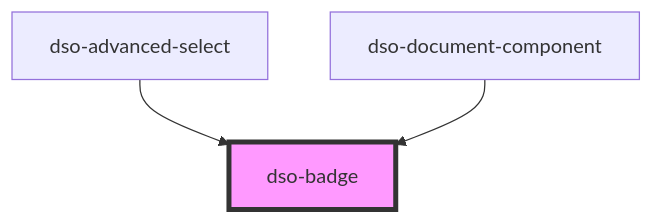
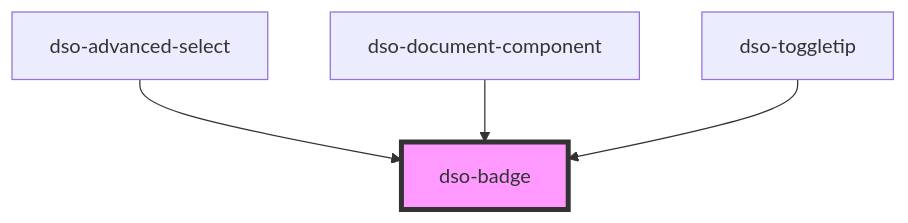
The diagram in packages/core/src/components/badge/readme.md (dso-toolkit/dso-toolkit), drawn with Mermaid before and after one commit. The commit also changed other lines of this file and 23 other files, not shown here.

````diff
--- a/packages/core/src/components/badge/readme.md
+++ b/packages/core/src/components/badge/readme.md
@@ -21,6 +22,7 @@
 ```mermaid
 graph TD;
   dso-advanced-select --> dso-badge
   dso-document-component --> dso-badge
+  dso-toggletip --> dso-badge
   style dso-badge fill:#f9f,stroke:#333,stroke-width:4px
 ```
````
